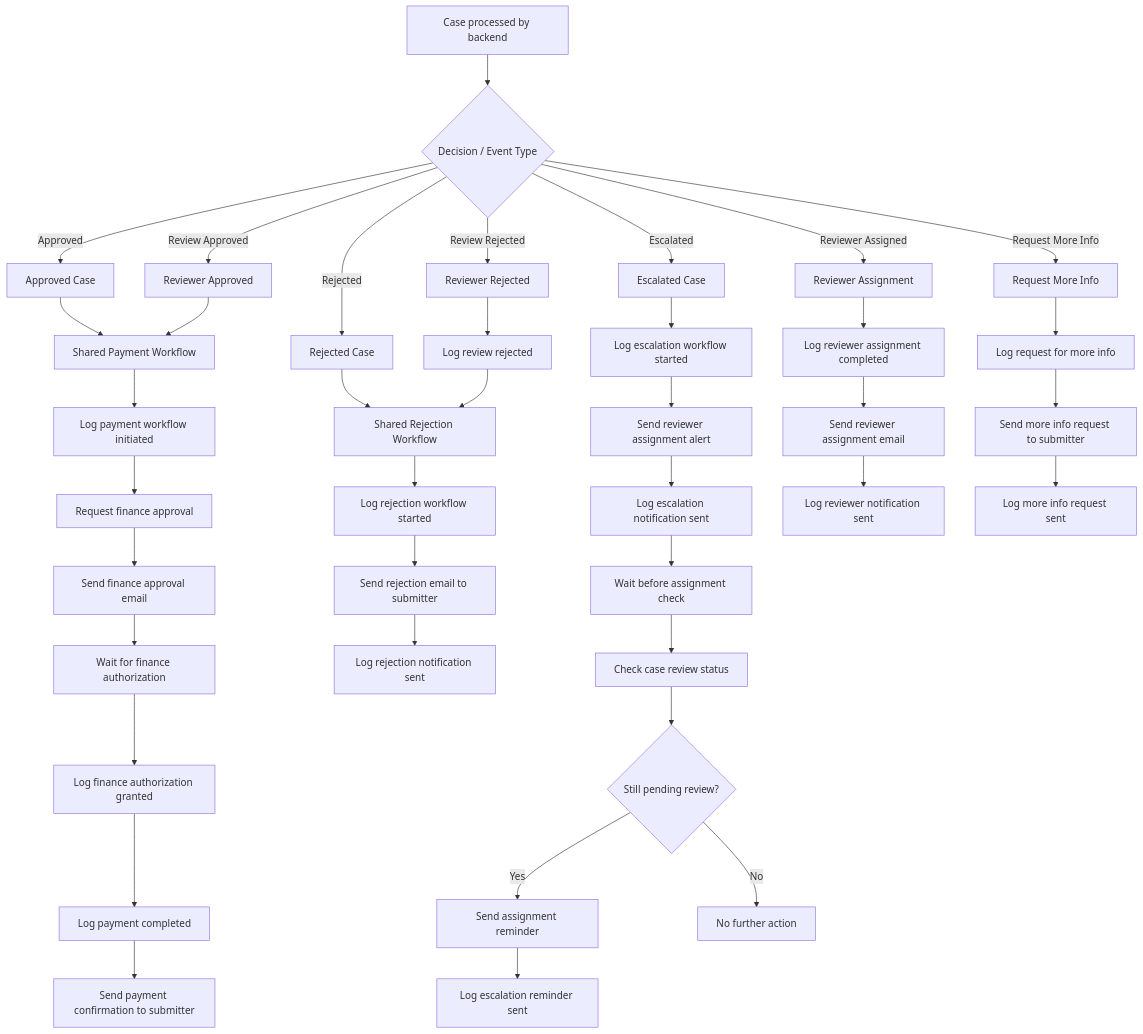
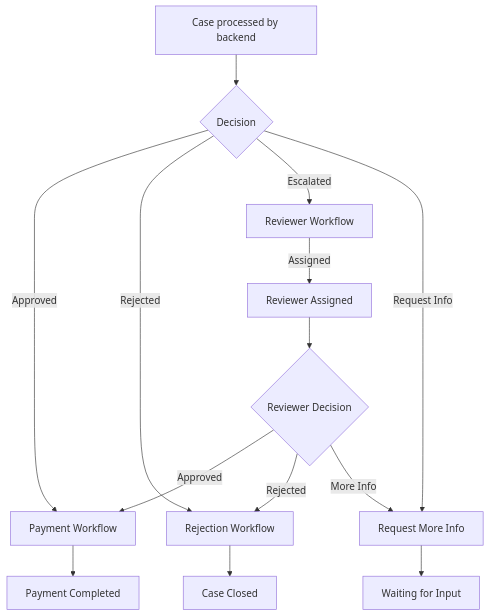
Before and after one commit to shaunharlis77-hash/autonomous-finance-ops-copilot: the second of 2 diagrams in README.md, drawn with Mermaid.

Commit message:
update readme diagrams

````diff
--- a/README.md
+++ b/README.md
@@ -54,49 +54,20 @@
 ```mermaid
 flowchart TD
-    START[Case processed by backend] --> SWITCH{Decision / Event Type}
+    START[Case processed by backend] --> DECISION{Decision}
 
-    SWITCH -->|Approved| APPROVED[Approved Case]
-    SWITCH -->|Rejected| REJECTED[Rejected Case]
-    SWITCH -->|Escalated| ESCALATED[Escalated Case]
-    SWITCH -->|Reviewer Assigned| ASSIGNED[Reviewer Assignment]
-    SWITCH -->|Review Approved| REVIEW_APPROVED[Reviewer Approved]
-    SWITCH -->|Review Rejected| REVIEW_REJECTED[Reviewer Rejected]
-    SWITCH -->|Request More Info| MORE_INFO[Request More Info]
+    DECISION -->|Approved| PAYMENT[Payment Workflow]
+    DECISION -->|Rejected| REJECTION[Rejection Workflow]
+    DECISION -->|Escalated| REVIEW[Reviewer Workflow]
+    DECISION -->|Request Info| INFO[Request More Info]
 
-    APPROVED --> PAYMENT[Shared Payment Workflow]
-    REVIEW_APPROVED --> PAYMENT
+    REVIEW -->|Assigned| ASSIGNED[Reviewer Assigned]
+    ASSIGNED --> REVIEW_OUTCOME{Reviewer Decision}
 
-    PAYMENT --> PAY1[Log payment workflow initiated]
-    PAY1 --> PAY2[Request finance approval]
-    PAY2 --> PAY3[Send finance approval email]
-    PAY3 --> PAY4[Wait for finance authorization]
-    PAY4 --> PAY5[Log finance authorization granted]
-    PAY5 --> PAY6[Log payment completed]
-    PAY6 --> PAY7[Send payment confirmation to submitter]
+    REVIEW_OUTCOME -->|Approved| PAYMENT
+    REVIEW_OUTCOME -->|Rejected| REJECTION
+    REVIEW_OUTCOME -->|More Info| INFO
 
-    REJECTED --> REJECTION[Shared Rejection Workflow]
-    REVIEW_REJECTED --> RLOG[Log review rejected]
-    RLOG --> REJECTION
-
-    REJECTION --> REJ1[Log rejection workflow started]
-    REJ1 --> REJ2[Send rejection email to submitter]
-    REJ2 --> REJ3[Log rejection notification sent]
-
-    ESCALATED --> ESC1[Log escalation workflow started]
-    ESC1 --> ESC2[Send reviewer assignment alert]
-    ESC2 --> ESC3[Log escalation notification sent]
-    ESC3 --> ESC4[Wait before assignment check]
-    ESC4 --> ESC5[Check case review status]
-    ESC5 --> ESC6{Still pending review?}
-    ESC6 -->|Yes| ESC7[Send assignment reminder]
-    ESC7 --> ESC8[Log escalation reminder sent]
-    ESC6 -->|No| ESC9[No further action]
-
-    ASSIGNED --> A1[Log reviewer assignment completed]
-    A1 --> A2[Send reviewer assignment email]
-    A2 --> A3[Log reviewer notification sent]
-
-    MORE_INFO --> M1[Log request for more info]
-    M1 --> M2[Send more info request to submitter]
-    M2 --> M3[Log more info request sent]
+    PAYMENT --> COMPLETE[Payment Completed]
+    REJECTION --> CLOSED[Case Closed]
+    INFO --> WAITING[Waiting for Input]
 ```
````
